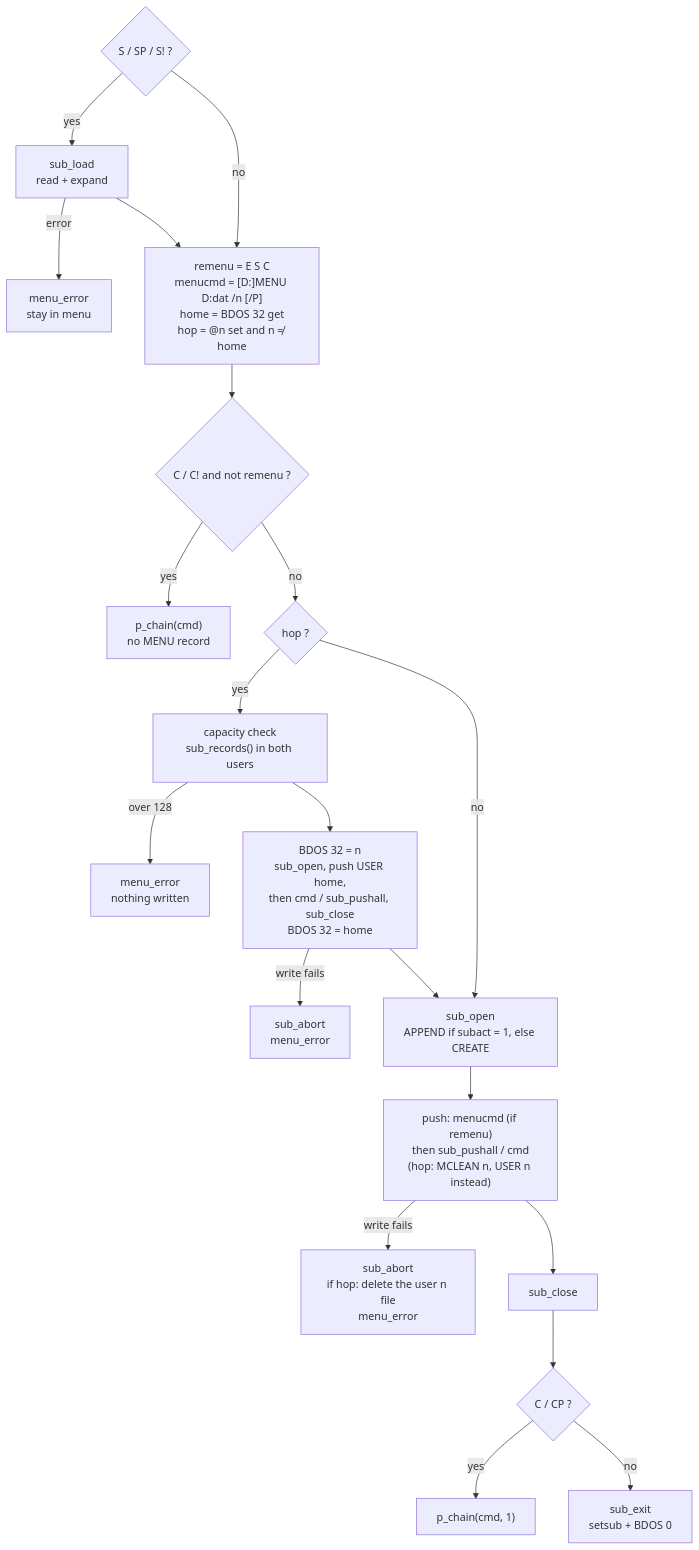
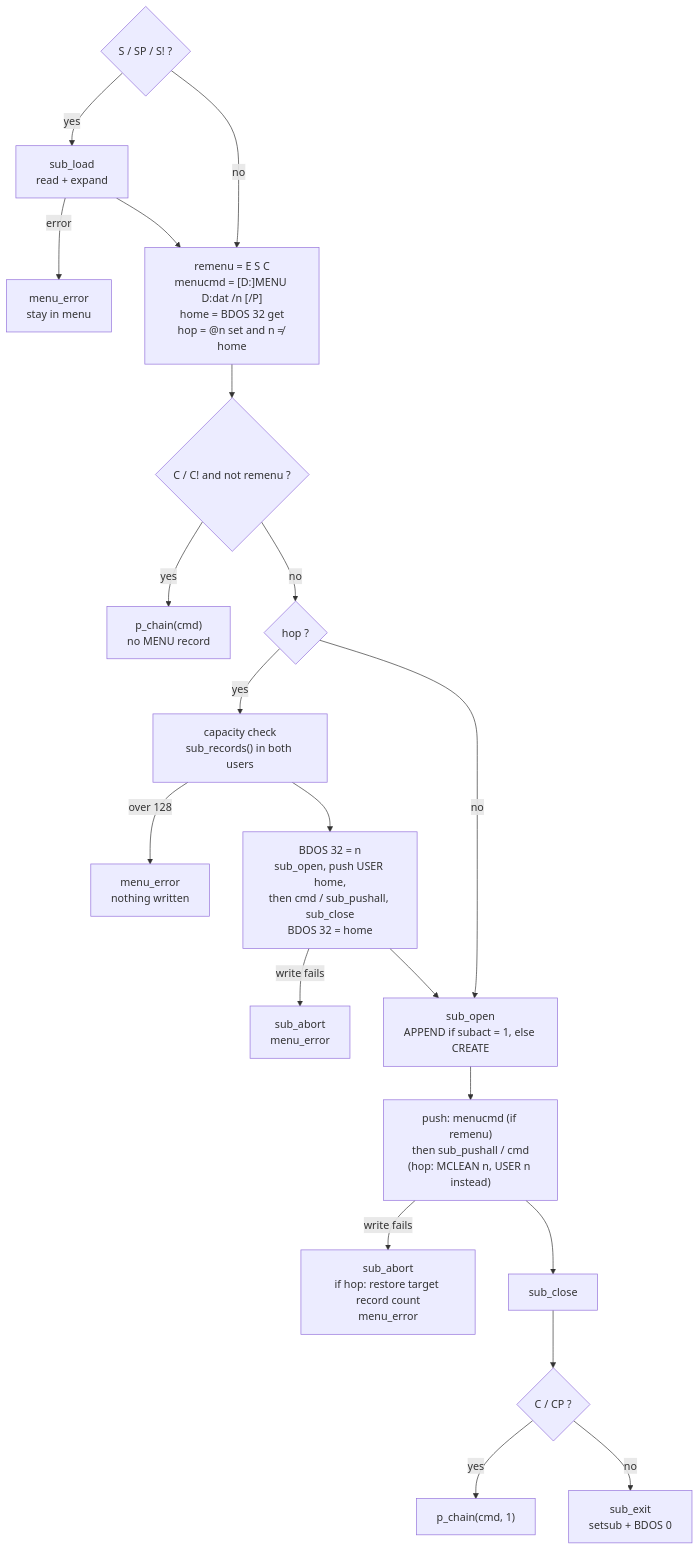
Before and after one commit to tsupplis/cpm86-menu: the fifth of 6 diagrams in implementation.md, drawn with Mermaid. The commit also changed other lines of this file and 15 other files, not shown here.

````diff
--- a/implementation.md
+++ b/implementation.md
@@ -97,22 +140,22 @@
 ```mermaid
 flowchart TD
     S0{"S / SP / S! ?"} -- yes --> RS["sub_load<br/>read + expand"]
     RS -- error --> ER["menu_error<br/>stay in menu"]
     RS --> M1
     S0 -- no --> M1["remenu = E S C<br/>menucmd = [D:]MENU D:dat /n [/P]<br/>home = BDOS 32 get<br/>hop = @n set and n ≠ home"]
     M1 --> C0{"C / C! and not remenu ?"}
     C0 -- yes --> CH["p_chain(cmd)<br/>no MENU record"]
     C0 -- no --> H0{"hop ?"}
     H0 -- yes --> CK["capacity check<br/>sub_records() in both users"]
     CK -- "over 128" --> ER2["menu_error<br/>nothing written"]
     CK --> AL["BDOS 32 = n<br/>sub_open, push USER home,<br/>then cmd / sub_pushall, sub_close<br/>BDOS 32 = home"]
     AL -- "write fails" --> AB2["sub_abort<br/>menu_error"]
     AL --> OP
     H0 -- no --> OP["sub_open<br/>APPEND if subact = 1, else CREATE"]
     OP --> PU["push: menucmd (if remenu)<br/>then sub_pushall / cmd<br/>(hop: MCLEAN n, USER n instead)"]
-    PU -- "write fails" --> AB["sub_abort<br/>if hop: delete the user n file<br/>menu_error"]
+    PU -- "write fails" --> AB["sub_abort<br/>if hop: restore target record count<br/>menu_error"]
     PU --> CL["sub_close"]
     CL --> W{"C / CP ?"}
     W -- yes --> PC["p_chain(cmd, 1)"]
     W -- no --> SE["sub_exit<br/>setsub + BDOS 0"]
 ```
````
